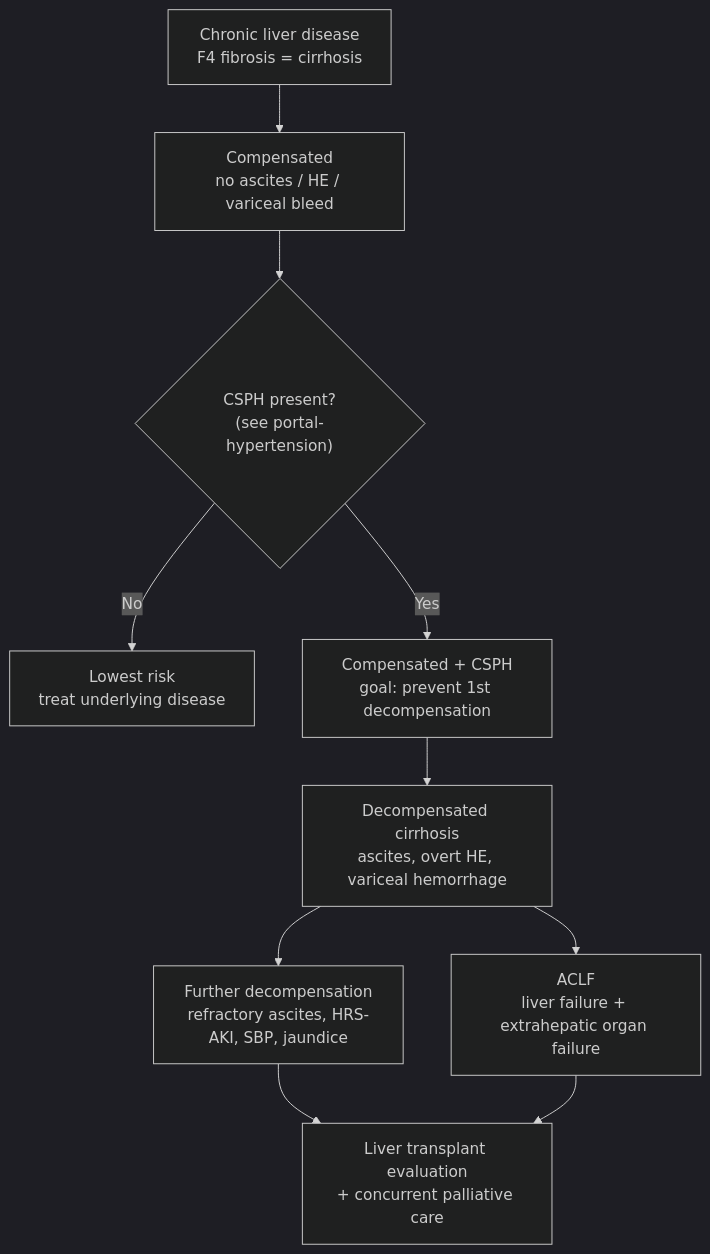
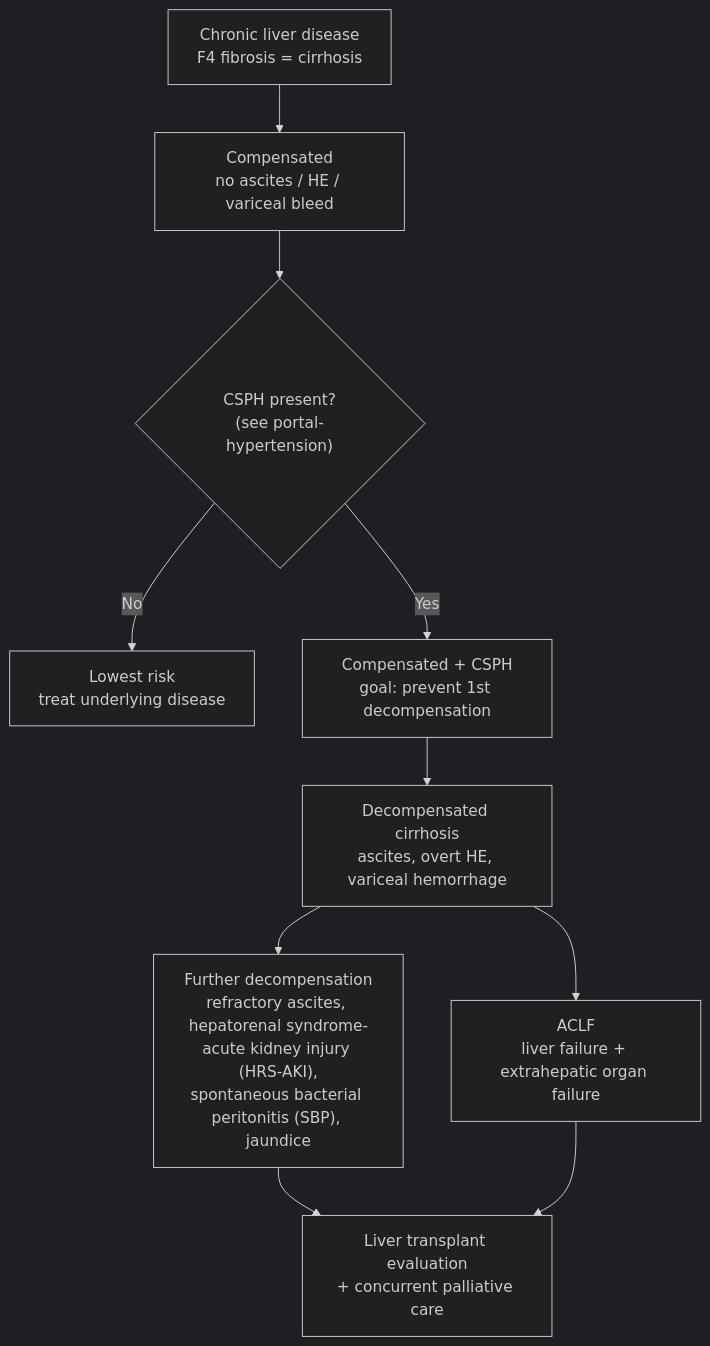
The diagram in KHNL-GI-Wiki/wiki/1-disease-scripts/hepatology-diseases/cirrhosis.md (KHNickLeMD/KHNL-GI-Wiki), drawn with Mermaid (dark theme) before and after one commit. The commit also changed other lines of this file and 620 other files, not shown here.

````diff
--- a/KHNL-GI-Wiki/wiki/1-disease-scripts/hepatology-diseases/cirrhosis.md
+++ b/KHNL-GI-Wiki/wiki/1-disease-scripts/hepatology-diseases/cirrhosis.md
@@ -126,12 +126,12 @@
 ```mermaid
 flowchart TD
     A["Chronic liver disease<br/>F4 fibrosis = cirrhosis"] --> B["Compensated<br/>no ascites / HE / variceal bleed"]
     B --> C{"CSPH present?<br/>(see portal-hypertension)"}
     C -->|"No"| D["Lowest risk<br/>treat underlying disease"]
     C -->|"Yes"| E["Compensated + CSPH<br/>goal: prevent 1st decompensation"]
     E --> F["Decompensated cirrhosis<br/>ascites, overt HE, variceal hemorrhage"]
-    F --> G["Further decompensation<br/>refractory ascites, HRS-AKI, SBP, jaundice"]
+    F --> G["Further decompensation<br/>refractory ascites, hepatorenal syndrome-acute kidney injury (HRS-AKI),<br/>spontaneous bacterial peritonitis (SBP), jaundice"]
     F --> H["ACLF<br/>liver failure + extrahepatic organ failure"]
     G --> I["Liver transplant evaluation<br/>+ concurrent palliative care"]
     H --> I
 ```
````
